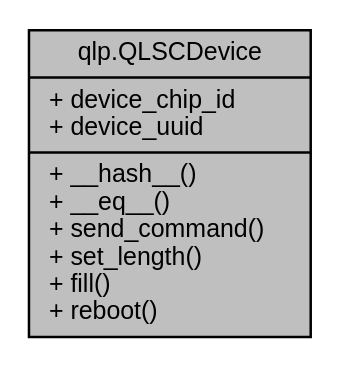
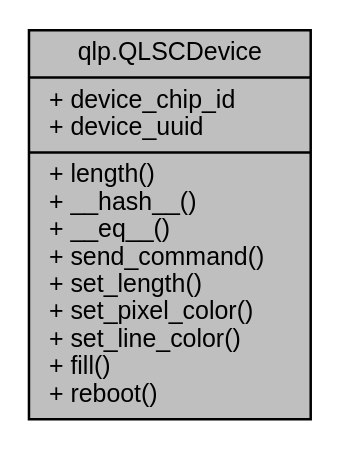
The diagram in classqlp_1_1QLSCDevice__coll__graph.dot (Quantum-0/qlsc), drawn with Graphviz before and after one commit. The commit also changed 151 other files, not shown here.

```diff
--- a/classqlp_1_1QLSCDevice__coll__graph.dot
+++ b/classqlp_1_1QLSCDevice__coll__graph.dot
@@ -1,7 +1,7 @@
 digraph "qlp.QLSCDevice"
 {
  // LATEX_PDF_SIZE
   edge [fontname="Helvetica",fontsize="10",labelfontname="Helvetica",labelfontsize="10"];
   node [fontname="Helvetica",fontsize="10",shape=record];
-  Node1 [label="{qlp.QLSCDevice\n|+ device_chip_id\l+ device_uuid\l|+ __hash__()\l+ __eq__()\l+ send_command()\l+ set_length()\l+ fill()\l+ reboot()\l}",height=0.2,width=0.4,color="black", fillcolor="grey75", style="filled", fontcolor="black",tooltip=" "];
+  Node1 [label="{qlp.QLSCDevice\n|+ device_chip_id\l+ device_uuid\l|+ length()\l+ __hash__()\l+ __eq__()\l+ send_command()\l+ set_length()\l+ set_pixel_color()\l+ set_line_color()\l+ fill()\l+ reboot()\l}",height=0.2,width=0.4,color="black", fillcolor="grey75", style="filled", fontcolor="black",tooltip=" "];
 }
```
